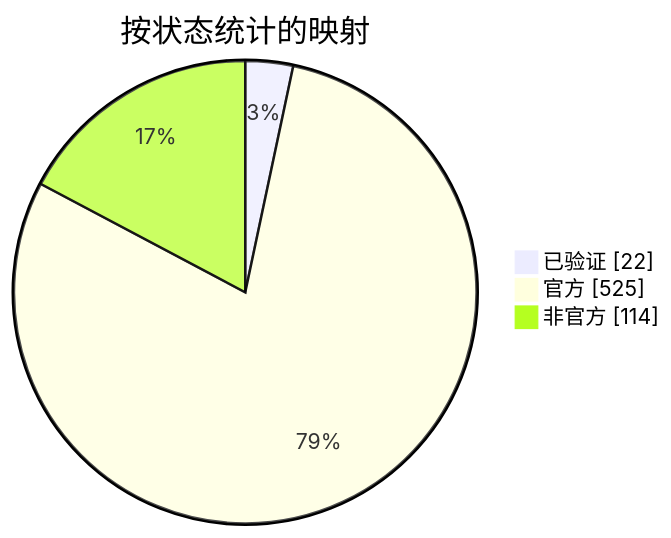
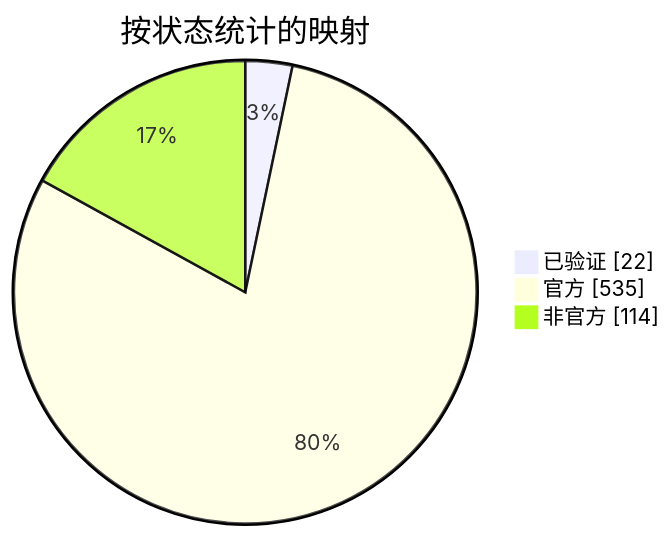
One commit to nobrega8/mbmap-library changed the diagram in docs/readme/README_ZHS.md. Above: the diagram before and after it, drawn with Mermaid. The commit also changed 15 other files, not shown here.

````diff
--- a/docs/readme/README_ZHS.md
+++ b/docs/readme/README_ZHS.md
@@ -54,7 +54,7 @@
 ```mermaid
 pie showData
     title 按状态统计的映射
     "已验证" : 22
-    "官方" : 525
+    "官方" : 535
     "非官方" : 114
 ```
````
